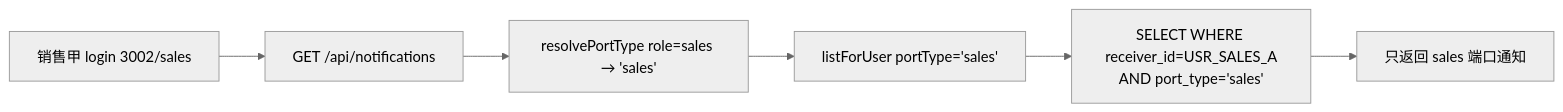
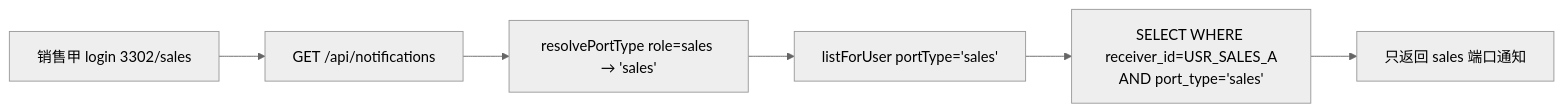
Before and after one commit to snakemelonwiki/xhsmedium: diagram 27 of 39 in doc/B端-v1.2-通知和WebSocket测试用例.md, drawn with Mermaid (neutral theme). The commit also changed other lines of this file and 134 other files, not shown here.

````diff
--- a/doc/B端-v1.2-通知和WebSocket测试用例.md
+++ b/doc/B端-v1.2-通知和WebSocket测试用例.md
@@ -1451,8 +1451,8 @@
 ```mermaid
 flowchart LR
-  A[销售甲 login 3002/sales] --> B[GET /api/notifications]
+  A[销售甲 login 3302/sales] --> B[GET /api/notifications]
   B --> C[resolvePortType role=sales → 'sales']
   C --> D[listForUser portType='sales']
   D --> E[SELECT WHERE receiver_id=USR_SALES_A<br/>AND port_type='sales']
   E --> F[只返回 sales 端口通知]
 ```
````
